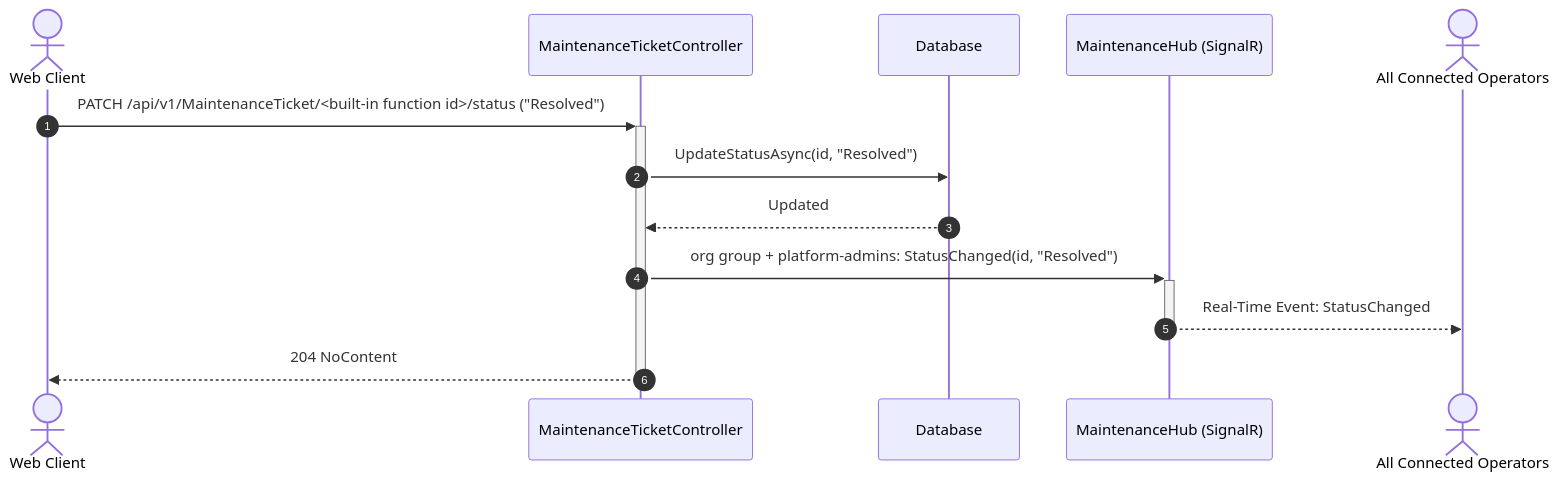
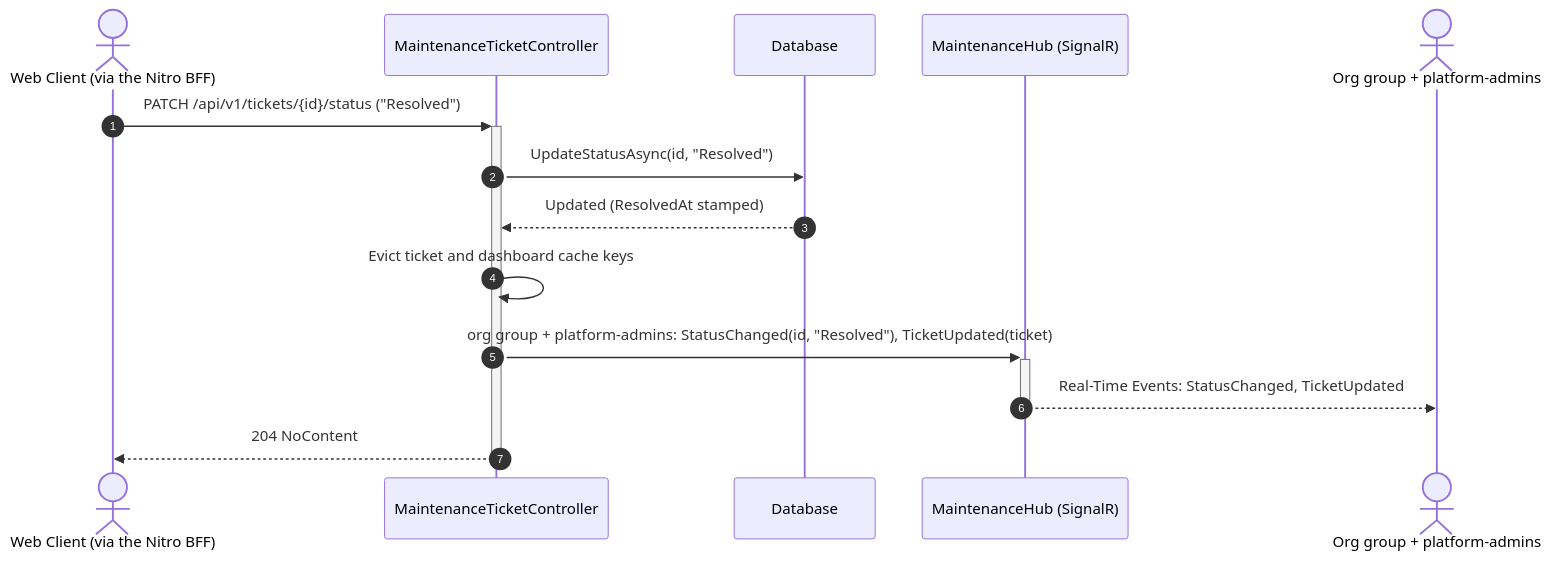
One commit to 0xLufis/heimdall changed the diagram in docs/api/API_REFERENCE.md. Above: the diagram before and after it, drawn with Mermaid. The commit also changed other lines of this file and 19 other files, not shown here.

First line of the commit message:
docs: diagrams and their prose match the code; findings in the TODO

````diff
--- a/docs/api/API_REFERENCE.md
+++ b/docs/api/API_REFERENCE.md
@@ -791,16 +794,17 @@
 ```mermaid
 sequenceDiagram
     autonumber
-    actor Client as Web Client
+    actor Client as Web Client (via the Nitro BFF)
     participant API as MaintenanceTicketController
     participant DB as Database
     participant Hub as MaintenanceHub (SignalR)
-    actor Subscribers as All Connected Operators
+    actor Subscribers as Org group + platform-admins
 
-    Client->>+API: PATCH /api/v1/MaintenanceTicket/<built-in function id>/status ("Resolved")
+    Client->>+API: PATCH /api/v1/tickets/{id}/status ("Resolved")
     API->>DB: UpdateStatusAsync(id, "Resolved")
-    DB-->>API: Updated
-    API->>+Hub: org group + platform-admins: StatusChanged(id, "Resolved")
-    Hub-->>-Subscribers: Real-Time Event: StatusChanged
+    DB-->>API: Updated (ResolvedAt stamped)
+    API->>API: Evict ticket and dashboard cache keys
+    API->>+Hub: org group + platform-admins: StatusChanged(id, "Resolved"), TicketUpdated(ticket)
+    Hub-->>-Subscribers: Real-Time Events: StatusChanged, TicketUpdated
     API-->>-Client: 204 NoContent
 ```
````
